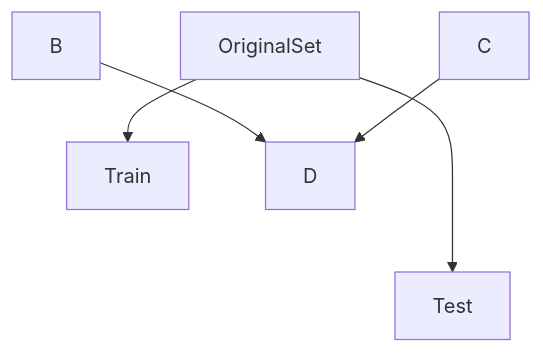
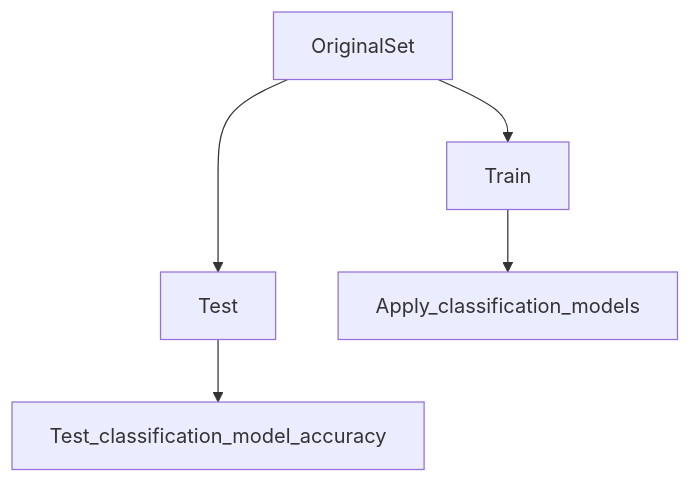
Before and after one commit to Pablo-source/Text_classification_model: the diagram in README.md, drawn with Mermaid.

Commit message:
Update README.md
Update

````diff
--- a/README.md
+++ b/README.md
@@ -27,7 +27,7 @@
 ```mermaid
   graph TD;
       OriginalSet-->Train;
       OriginalSet--->Test;
-      B-->D;
-      C-->D;
+      Train-->Apply_classification_models;
+      Test-->Test_classification_model_accuracy;
 ```
````
